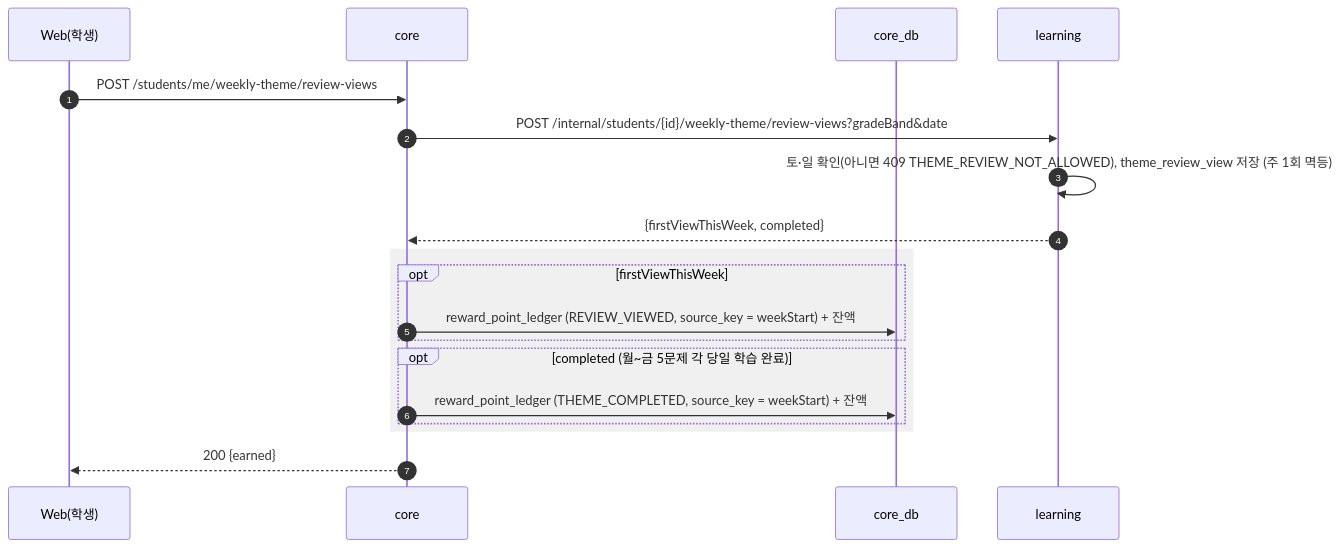
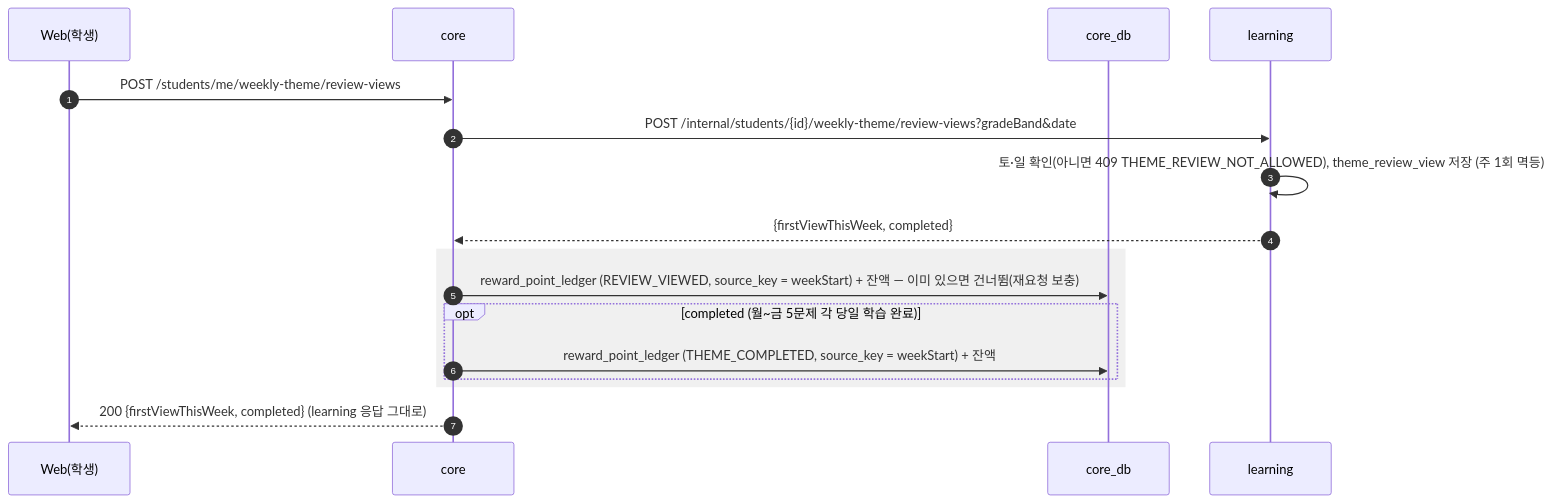
Diagram 17 of 34 in docs/design/sequence-diagram.md (SKNETWORKS-FAMILY-AICAMP/SKN34-FINAL-3TEAM), drawn with Mermaid before and after one commit. The commit also changed other lines of this file and 24 other files, not shown here.

````diff
--- a/docs/design/sequence-diagram.md
+++ b/docs/design/sequence-diagram.md
@@ -659,22 +665,20 @@
 ```mermaid
 sequenceDiagram
   autonumber
   participant W as Web(학생)
   participant C as core
   participant CDB as core_db
   participant L as learning
 
   W->>C: POST /students/me/weekly-theme/review-views
   C->>L: POST /internal/students/{id}/weekly-theme/review-views?gradeBand&date
   L->>L: 토·일 확인(아니면 409 THEME_REVIEW_NOT_ALLOWED), theme_review_view 저장 (주 1회 멱등)
   L-->>C: {firstViewThisWeek, completed}
   rect rgba(128,128,128,0.12)
-    opt firstViewThisWeek
-      C->>CDB: reward_point_ledger (REVIEW_VIEWED, source_key = weekStart) + 잔액
-    end
+    C->>CDB: reward_point_ledger (REVIEW_VIEWED, source_key = weekStart) + 잔액 — 이미 있으면 건너뜀(재요청 보충)
     opt completed (월~금 5문제 각 당일 학습 완료)
       C->>CDB: reward_point_ledger (THEME_COMPLETED, source_key = weekStart) + 잔액
     end
   end
-  C-->>W: 200 {earned}
+  C-->>W: 200 {firstViewThisWeek, completed} (learning 응답 그대로)
 ```
````
